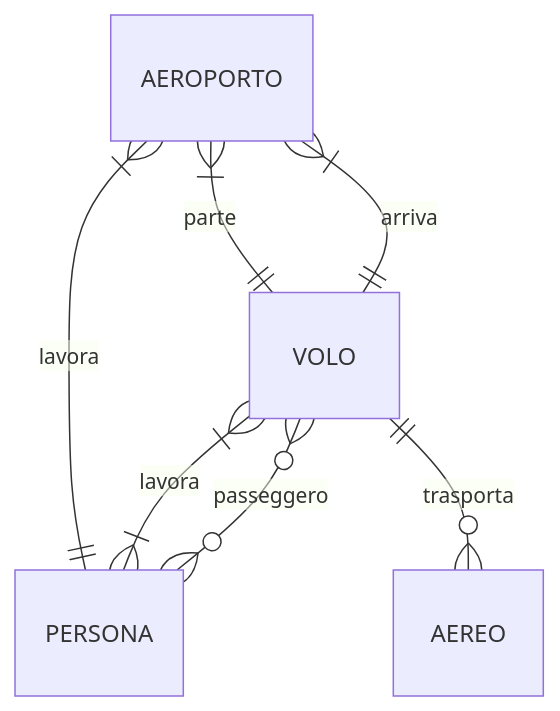
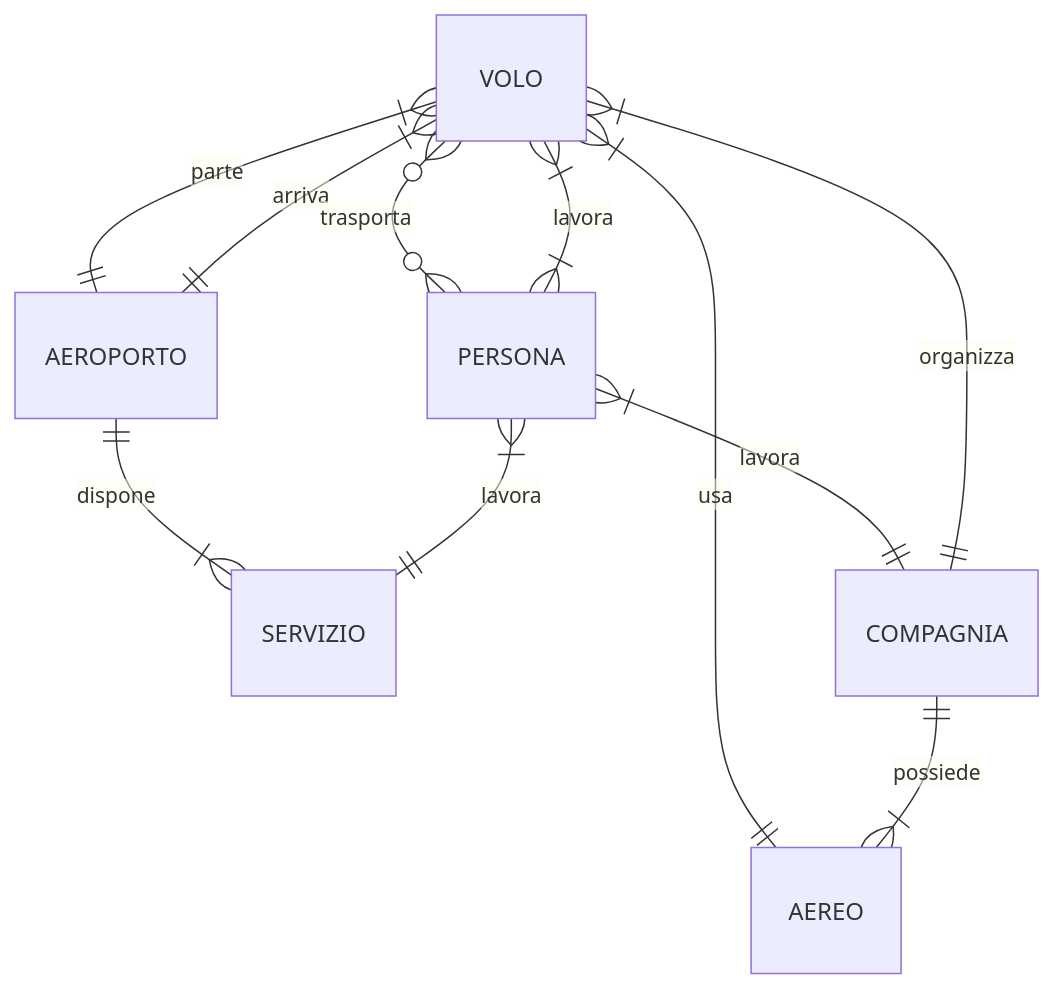
One commit to Diebbo/aereodb changed the first of 6 diagrams in RELAZIONE.md. Above: the diagram before and after it, drawn with Mermaid.

Commit message:
Scheletro ER ok

````diff
--- a/RELAZIONE.md
+++ b/RELAZIONE.md
@@ -187,9 +187,13 @@
 ```mermaid
 erDiagram
-    AEROPORTO }|--|| VOLO: "parte"
-    AEROPORTO }|--|| VOLO: "arriva"
-    AEROPORTO }|--|| PERSONA: "lavora"
-    VOLO }|--|{ PERSONA: "lavora"
-    VOLO }o--o{ PERSONA: "passeggero" 
-    VOLO ||--o{ AEREO: "trasporta"
+    AEROPORTO ||--|{ SERVIZIO: "dispone"
+    VOLO }|--|| AEROPORTO: "parte"
+    VOLO }|--|| AEROPORTO: "arriva"
+    VOLO }|--|| AEREO: "usa"
+    VOLO }o--o{ PERSONA: "trasporta"
+    COMPAGNIA ||--|{ AEREO: "possiede" 
+    COMPAGNIA ||--|{ VOLO: "organizza"
+    PERSONA }|--|{ VOLO: "lavora"
+    PERSONA }|--|| COMPAGNIA: "lavora"
+    PERSONA }|--|| SERVIZIO: "lavora"
 ```
````
